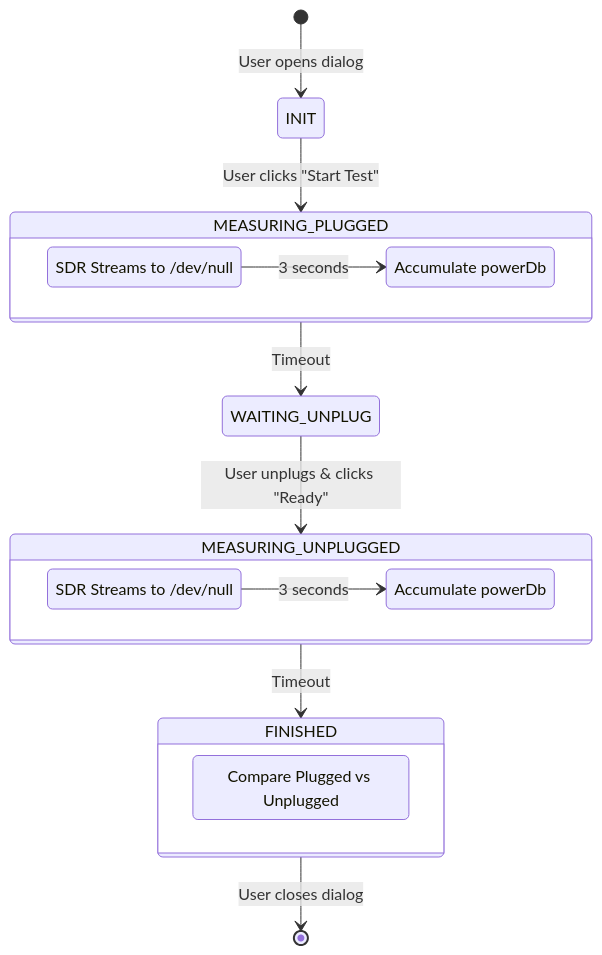
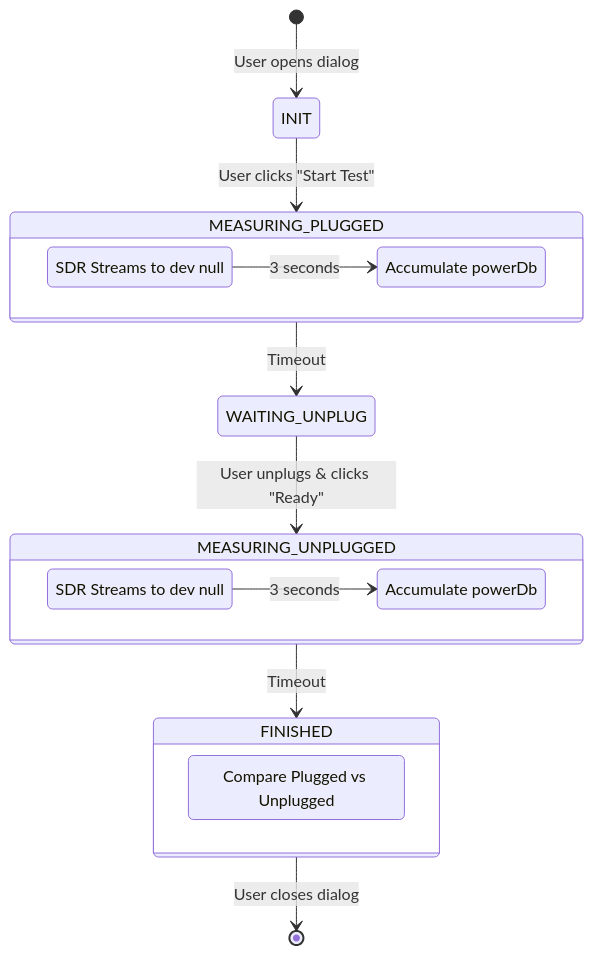
The fourth of 4 diagrams in Software_Specification.md (netfirms/lime-srd-cockpit), drawn with Mermaid before and after one commit. The commit also changed other lines of this file, not shown here.

Commit message:
Fix Mermaid syntax errors in Software Specification

````diff
--- a/Software_Specification.md
+++ b/Software_Specification.md
@@ -218,32 +218,32 @@
 ```mermaid
 stateDiagram-v2
-    [*] --> INIT: User opens dialog
+    [*] --> INIT : User opens dialog
     
-    INIT --> MEASURING_PLUGGED: User clicks "Start Test"
+    INIT --> MEASURING_PLUGGED : User clicks "Start Test"
     
     state MEASURING_PLUGGED {
         direction LR
-        StreamOn1: SDR Streams to /dev/null
-        Measure1: Accumulate powerDb
-        StreamOn1 --> Measure1: 3 seconds
+        StreamOn1 : SDR Streams to dev null
+        Measure1 : Accumulate powerDb
+        StreamOn1 --> Measure1 : 3 seconds
     }
     
-    MEASURING_PLUGGED --> WAITING_UNPLUG: Timeout
+    MEASURING_PLUGGED --> WAITING_UNPLUG : Timeout
     
-    WAITING_UNPLUG --> MEASURING_UNPLUGGED: User unplugs & clicks "Ready"
+    WAITING_UNPLUG --> MEASURING_UNPLUGGED : User unplugs & clicks "Ready"
     
     state MEASURING_UNPLUGGED {
         direction LR
-        StreamOn2: SDR Streams to /dev/null
-        Measure2: Accumulate powerDb
-        StreamOn2 --> Measure2: 3 seconds
+        StreamOn2 : SDR Streams to dev null
+        Measure2 : Accumulate powerDb
+        StreamOn2 --> Measure2 : 3 seconds
     }
     
-    MEASURING_UNPLUGGED --> FINISHED: Timeout
+    MEASURING_UNPLUGGED --> FINISHED : Timeout
     
     state FINISHED {
-        calc: Compare Plugged vs Unplugged
+        calc : Compare Plugged vs Unplugged
     }
     
-    FINISHED --> [*]: User closes dialog
+    FINISHED --> [*] : User closes dialog
 ```
````
